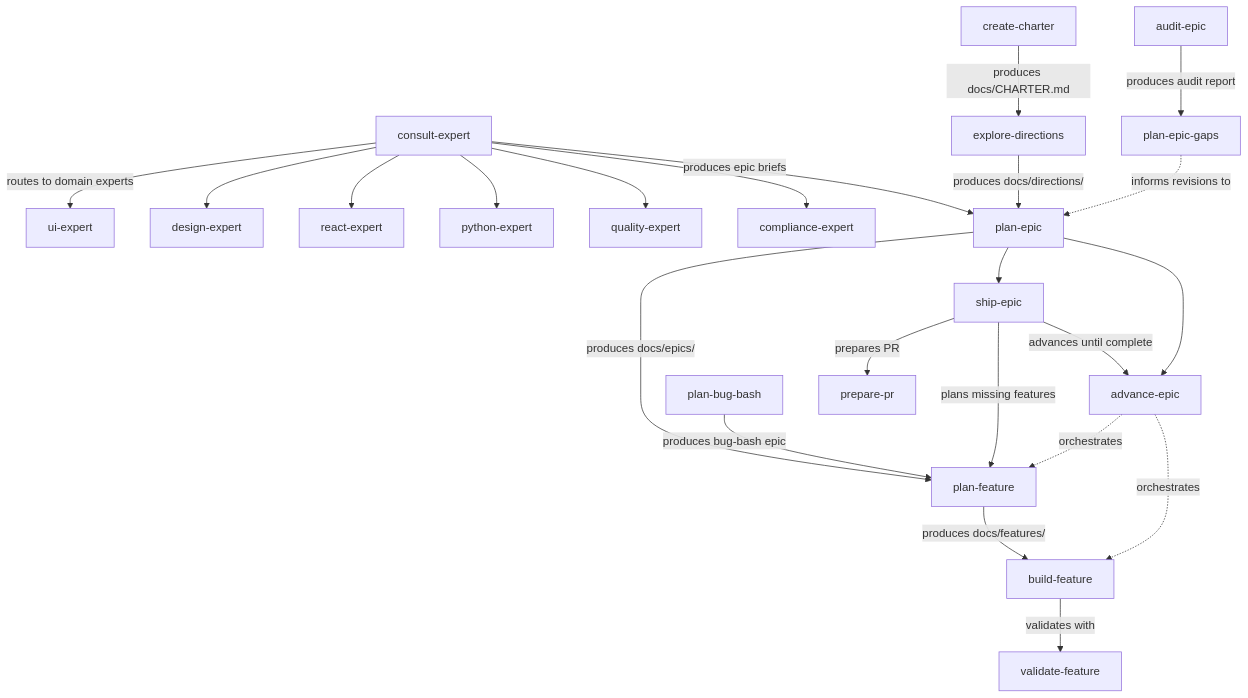
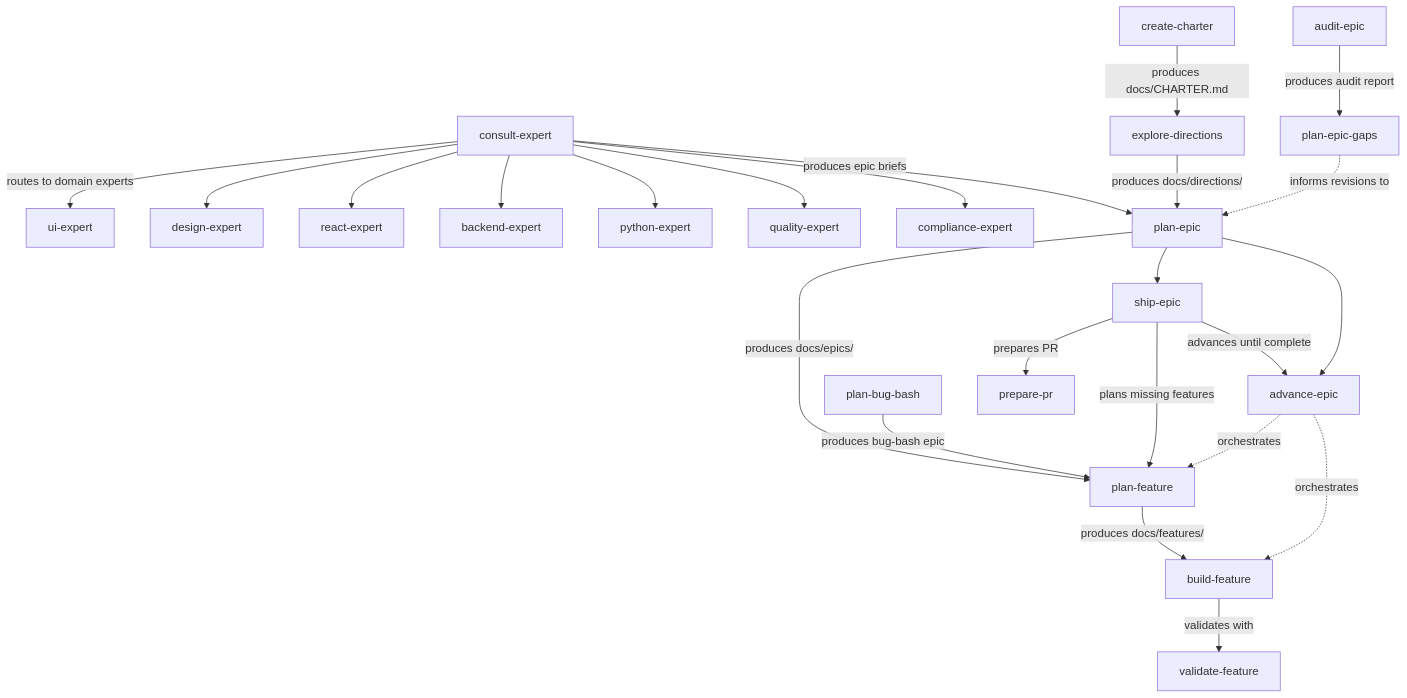
One commit to pnewsam/skills changed the third of 14 diagrams in README.md. Above: the diagram before and after it, drawn with Mermaid. The commit also changed other lines of this file and 35 other files, not shown here.

````diff
--- a/README.md
+++ b/README.md
@@ -108,25 +108,26 @@
 ```mermaid
 flowchart TD
     CE[consult-expert] -->|routes to domain experts| UE[ui-expert]
     CE --> DX[design-expert]
     CE --> RE[react-expert]
+    CE --> BE[backend-expert]
     CE --> PY[python-expert]
     CE --> QE[quality-expert]
     CE --> CX[compliance-expert]
     CE -->|produces epic briefs| PE
     CC[create-charter] -->|produces docs/CHARTER.md| ED[explore-directions]
     ED -->|produces docs/directions/| PE[plan-epic]
     PE -->|produces docs/epics/| PF[plan-feature]
     PBB[plan-bug-bash] -->|produces bug-bash epic| PF
     PE --> SP[ship-epic]
     SP -->|plans missing features| PF
     SP -->|advances until complete| AE
     SP -->|prepares PR| PPR[prepare-pr]
     PF -->|produces docs/features/| BF[build-feature]
     BF -->|validates with| VF[validate-feature]
     PE --> AE[advance-epic]
     AE -.->|orchestrates| PF
     AE -.->|orchestrates| BF
     AE2[audit-epic] -->|produces audit report| PEG[plan-epic-gaps]
     PEG -.->|informs revisions to| PE
 ```
````
